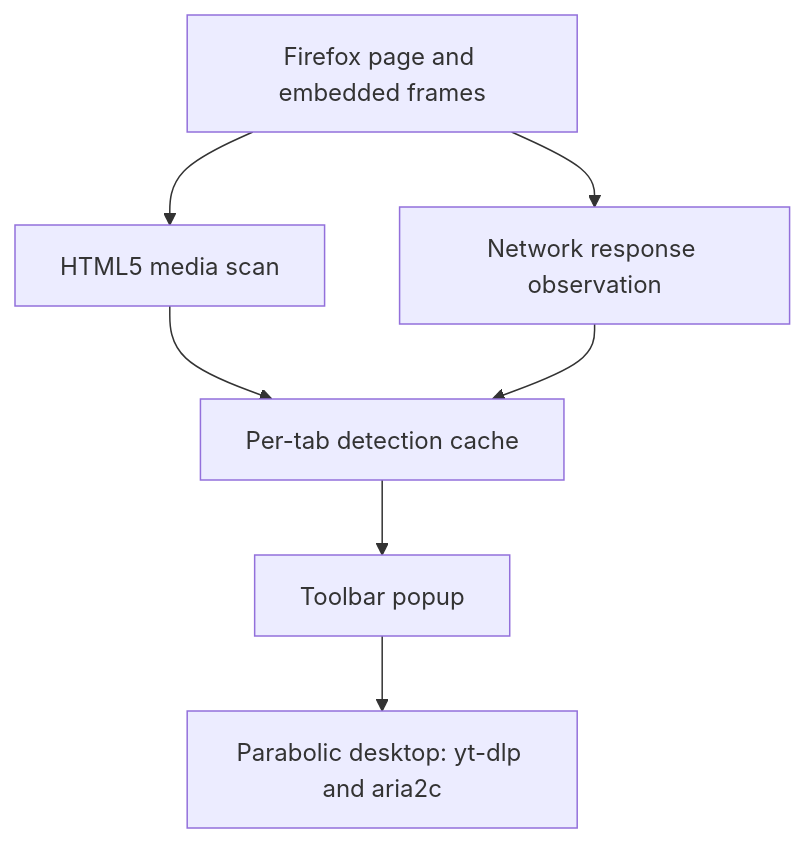
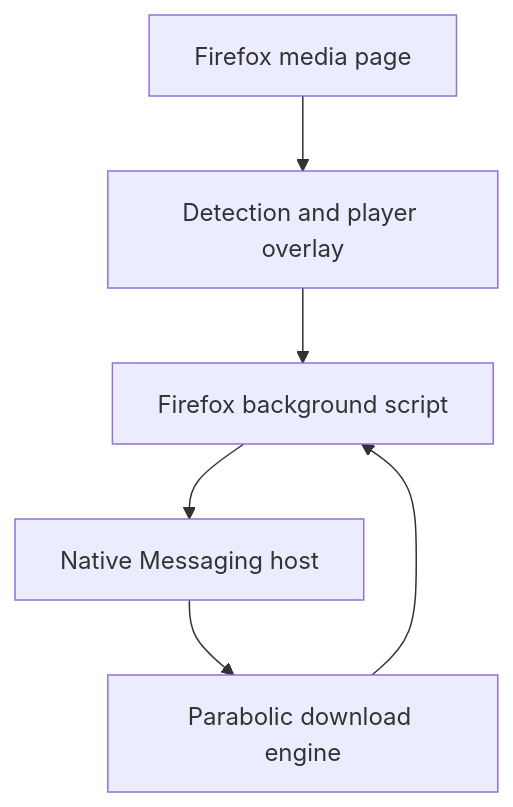
One commit to Othman-Benbrahim/Parabolic changed the diagram in extension/firefox/ARCHITECTURE.md. Above: the diagram before and after it, drawn with Mermaid. The commit also changed other lines of this file and 11 other files, not shown here.

````diff
--- a/extension/firefox/ARCHITECTURE.md
+++ b/extension/firefox/ARCHITECTURE.md
@@ -7,9 +18,8 @@
 ```mermaid
 flowchart TD
-    A["Firefox page and embedded frames"] --> B["HTML5 media scan"]
-    A --> C["Network response observation"]
-    B --> D["Per-tab detection cache"]
-    C --> D
-    D --> E["Toolbar popup"]
-    E --> F["Parabolic desktop: yt-dlp and aria2c"]
+    A["Firefox media page"] --> B["Detection and player overlay"]
+    B --> C["Firefox background script"]
+    C --> D["Native Messaging host"]
+    D --> E["Parabolic download engine"]
+    E --> C
 ```
````
